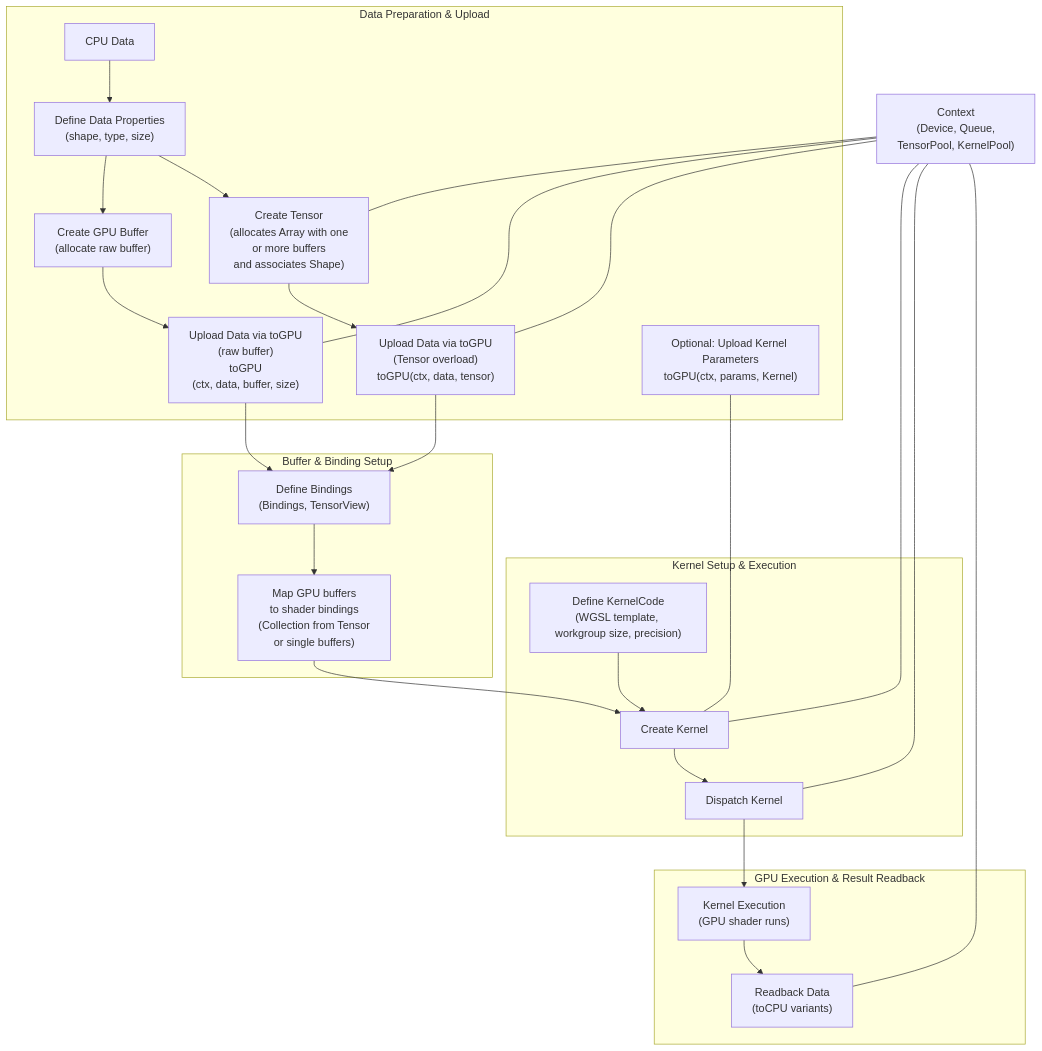
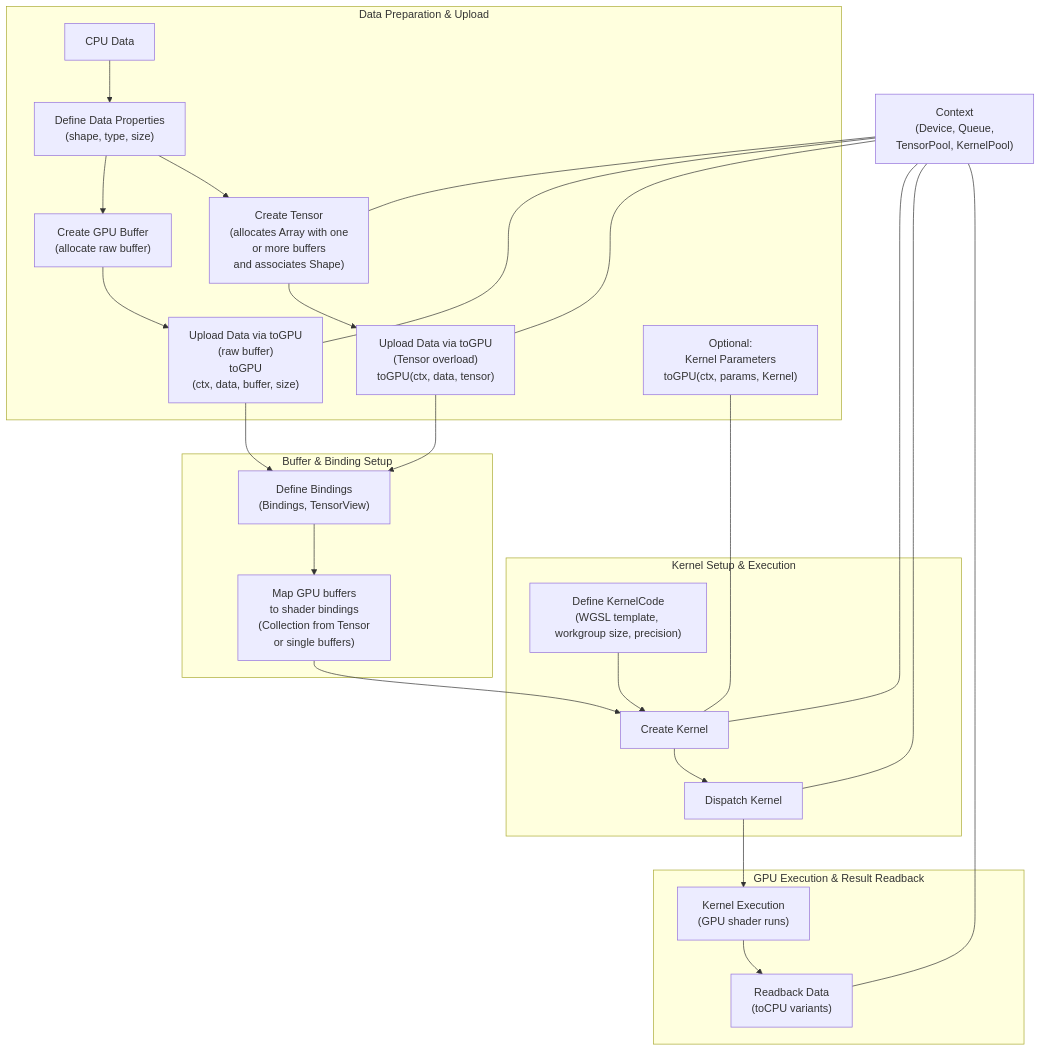
One commit to AnswerDotAI/gpu.cpp changed the diagram in docs/gpuflow.md. Above: the diagram before and after it, drawn with Mermaid.

````diff
--- a/docs/gpuflow.md
+++ b/docs/gpuflow.md
@@ -3,60 +3,60 @@
 ```mermaid
 flowchart TD
   %% Data Preparation & Upload
   subgraph "Data Preparation & Upload"
     A["CPU Data"]
     B["Define Data Properties<br>(shape, type, size)"]
     C["Create GPU Buffer<br>(allocate raw buffer)"]
     D["Create Tensor<br>(allocates Array with one<br> or more buffers<br>and associates Shape)"]
     
     E["Upload Data via toGPU <br>(raw buffer)<br>toGPU<br>(ctx, data, buffer, size)"]
     F["Upload Data via toGPU<br>(Tensor overload)<br>toGPU(ctx, data, tensor)"]
-    G["Optional: Upload Kernel Parameters<br>toGPU(ctx, params, Kernel)"]
+    G["Optional: <br> Kernel Parameters<br>toGPU(ctx, params, Kernel)"]
   end
 
   %% Buffer Setup & Bindings
   subgraph "Buffer & Binding Setup"
     H["Define Bindings<br>(Bindings, TensorView)"]
     I["Map GPU buffers<br> to shader bindings<br>(Collection from Tensor<br> or single buffers)"]
   end
 
   %% Kernel Setup & Execution
   subgraph "Kernel Setup & Execution"
     J["Define KernelCode<br>(WGSL template, workgroup size, precision)"]
     K["Create Kernel"]
     L["Dispatch Kernel"]
   end
 
   %% GPU Execution & Result Readback
   subgraph "GPU Execution & Result Readback"
     M["Kernel Execution<br>(GPU shader runs)"]
     N["Readback Data<br>(toCPU variants)"]
   end
 
   %% Context & Resources
   O["Context<br>(Device, Queue,<br>TensorPool, KernelPool)"]
 
   %% Flow Connections
   A --> B
   B --> C
   B --> D
   C --> E
   D --> F
   F --> H
   E --> H
   H --> I
   I --> K
   J --> K
   G --- K
   K --> L
   L --> M
   M --> N
 
   %% Context shared by all stages
   O --- D
   O --- E
   O --- F
   O --- K
   O --- L
   O --- N
 ```
````
